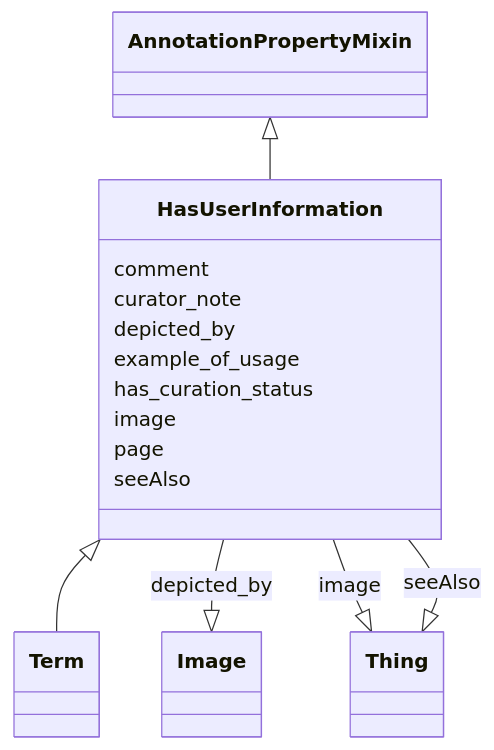
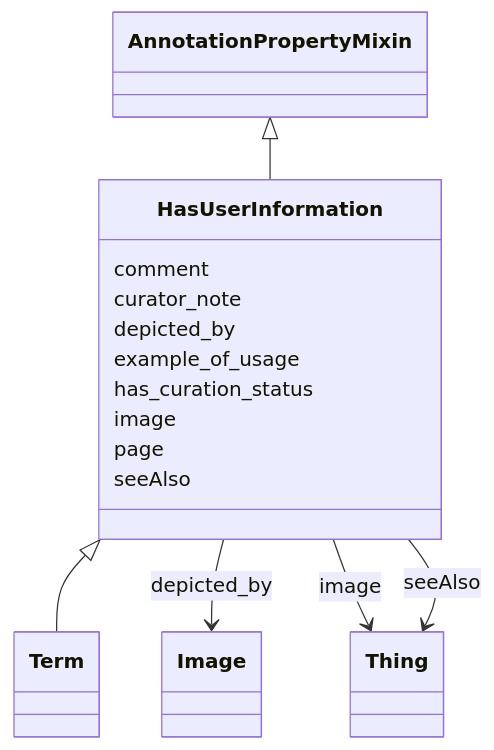
One commit to INCATools/ontology-access-kit changed the diagram in ontology-metadata/HasUserInformation.md. Above: the diagram before and after it, drawn with Mermaid. The commit also changed 389 other files, not shown here.

````diff
--- a/ontology-metadata/HasUserInformation.md
+++ b/ontology-metadata/HasUserInformation.md
@@ -10,33 +10,33 @@
 ```{mermaid}
  classDiagram
     class HasUserInformation
       AnnotationPropertyMixin <|-- HasUserInformation
       
 
       HasUserInformation <|-- Term
       
       
       HasUserInformation : comment
         
       HasUserInformation : curator_note
         
       HasUserInformation : depicted_by
         
-          HasUserInformation --|> Image : depicted_by
+          HasUserInformation --> Image : depicted_by
         
       HasUserInformation : example_of_usage
         
       HasUserInformation : has_curation_status
         
       HasUserInformation : image
         
-          HasUserInformation --|> Thing : image
+          HasUserInformation --> Thing : image
         
       HasUserInformation : page
         
       HasUserInformation : seeAlso
         
-          HasUserInformation --|> Thing : seeAlso
+          HasUserInformation --> Thing : seeAlso
         
       
 ```
````
